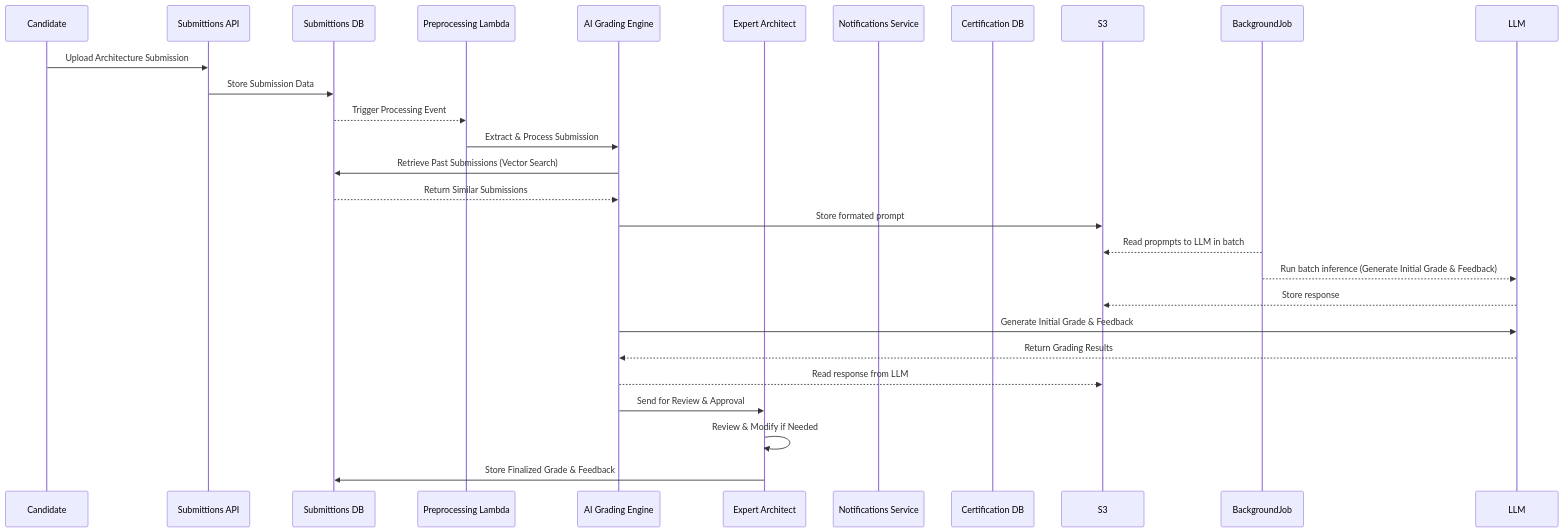
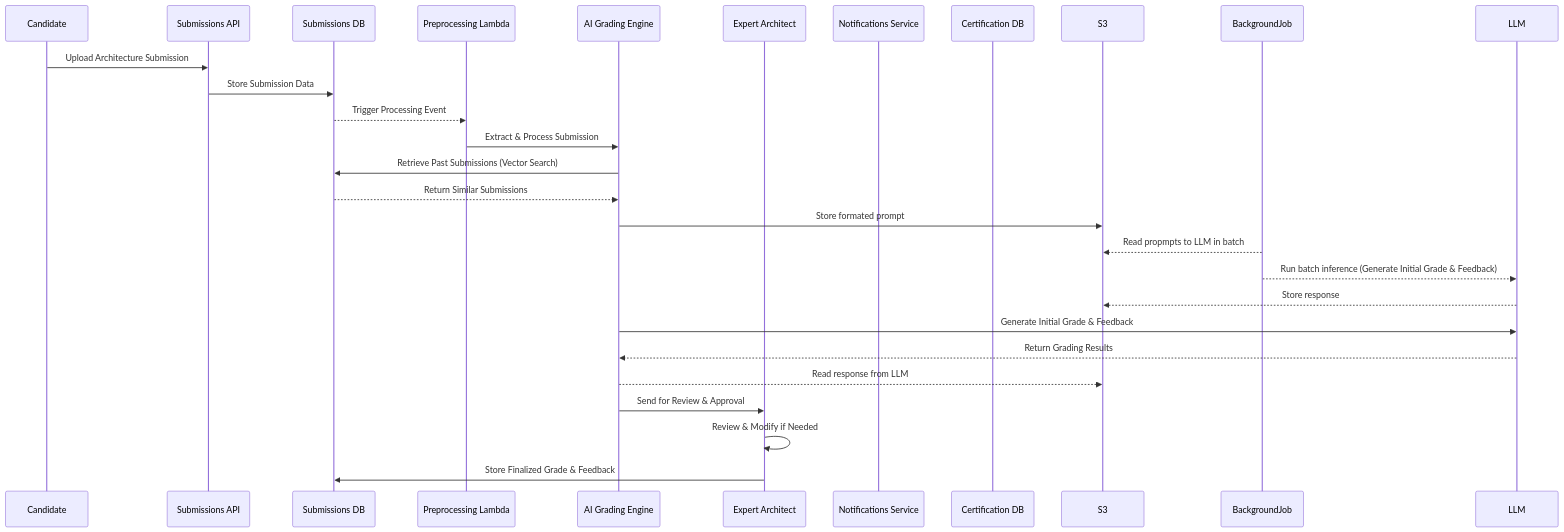
The first of 5 diagrams in ai_architecture_submittion.md (architectrons/arch-kata-2025), drawn with Mermaid before and after one commit. The commit also changed other lines of this file, not shown here.

````diff
--- a/ai_architecture_submittion.md
+++ b/ai_architecture_submittion.md
@@ -3,31 +3,31 @@
 ```mermaid
 sequenceDiagram
     participant Candidate
-    participant Submittions API
-    participant Submittions DB
+    participant Submissions API
+    participant Submissions DB
     participant Preprocessing Lambda
     participant AI Grading Engine
     participant Expert Architect
     participant Notifications as Notifications Service
     participant Certification DB
 
-    Candidate->>Submittions API: Upload Architecture Submission
-    Submittions API->>Submittions DB: Store Submission Data
-    Submittions DB-->>Preprocessing Lambda: Trigger Processing Event
+    Candidate->>Submissions API: Upload Architecture Submission
+    Submissions API->>Submissions DB: Store Submission Data
+    Submissions DB-->>Preprocessing Lambda: Trigger Processing Event
 
     Preprocessing Lambda->>AI Grading Engine: Extract & Process Submission
-    AI Grading Engine->>Submittions DB: Retrieve Past Submissions (Vector Search)
+    AI Grading Engine->>Submissions DB: Retrieve Past Submissions (Vector Search)
 
-    Submittions DB-->>AI Grading Engine: Return Similar Submissions
+    Submissions DB-->>AI Grading Engine: Return Similar Submissions
     AI Grading Engine->>S3: Store formated prompt
     BackgroundJob-->>S3: Read propmpts to LLM in batch
     BackgroundJob-->>LLM: Run batch inference (Generate Initial Grade & Feedback)
     LLM-->>S3: Store response
     
     AI Grading Engine->>LLM: Generate Initial Grade & Feedback
     LLM-->>AI Grading Engine: Return Grading Results
     AI Grading Engine-->>S3: Read response from LLM
     AI Grading Engine->>Expert Architect: Send for Review & Approval
     Expert Architect->>Expert Architect: Review & Modify if Needed
-    Expert Architect->>Submittions DB: Store Finalized Grade & Feedback
+    Expert Architect->>Submissions DB: Store Finalized Grade & Feedback
 ```
````
